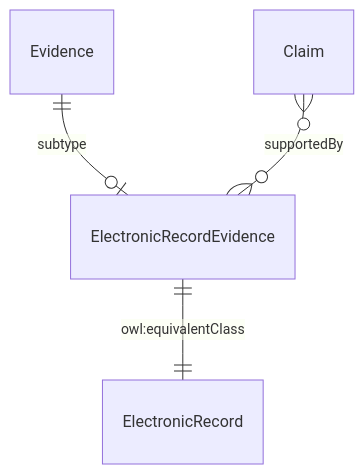
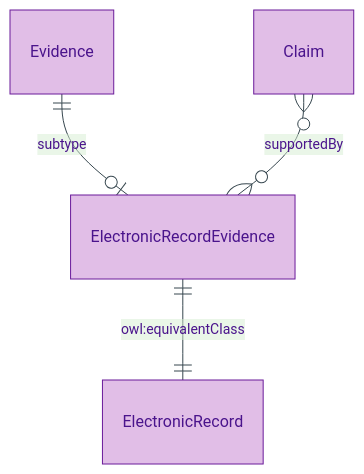
The diagram in docs/manual/logical/claim/electronic-record-evidence.md (sparkling/opda), drawn with Mermaid before and after one commit. The commit also changed other lines of this file and 179 other files, not shown here.

First line of the commit message:
docs(manual): Logical-tier diagram expansion via /diagramming skill

````diff
--- a/docs/manual/logical/claim/electronic-record-evidence.md
+++ b/docs/manual/logical/claim/electronic-record-evidence.md
@@ -30,6 +35,10 @@
 ```mermaid
+%%{init: {"theme": "base", "themeVariables": {"primaryColor": "#E1BEE7", "primaryTextColor": "#4A148C", "primaryBorderColor": "#6A1B9A", "lineColor": "#37474F"}}}%%
 erDiagram
+    accTitle: ElectronicRecordEvidence — Entity-Relationship Diagram
+    accDescr: Direct-neighbour view of ElectronicRecordEvidence — Evidence subtype with ElectronicRecord short-name alias and Claim supportedBy.
+
     Evidence ||--o| ElectronicRecordEvidence : "subtype"
     ElectronicRecordEvidence ||--|| ElectronicRecord : "owl:equivalentClass"
     Claim }o--o{ ElectronicRecordEvidence : "supportedBy"
 ```
````
